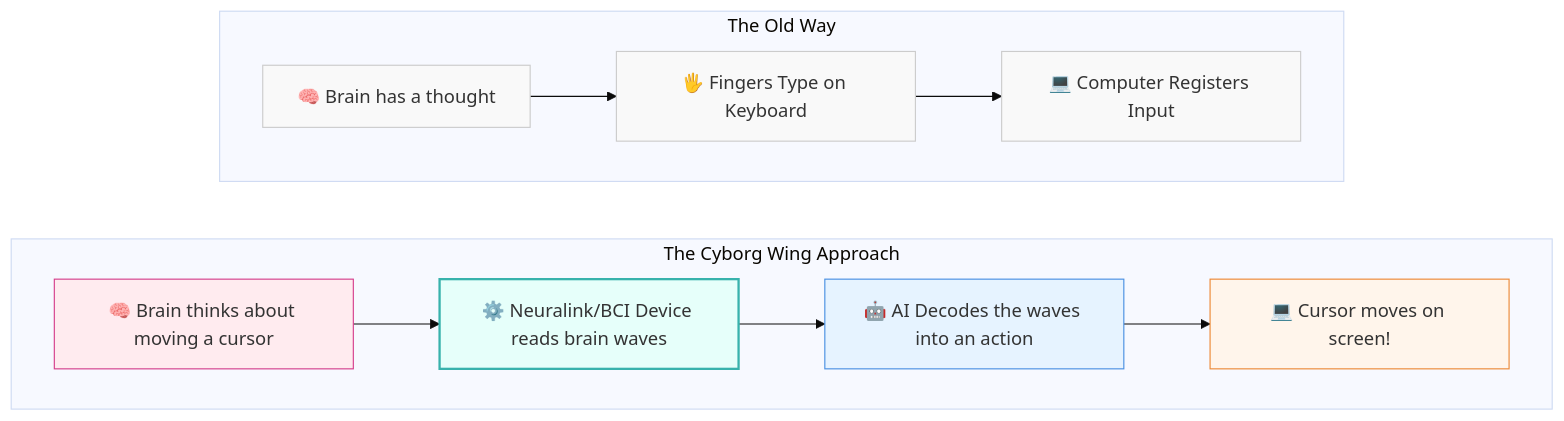
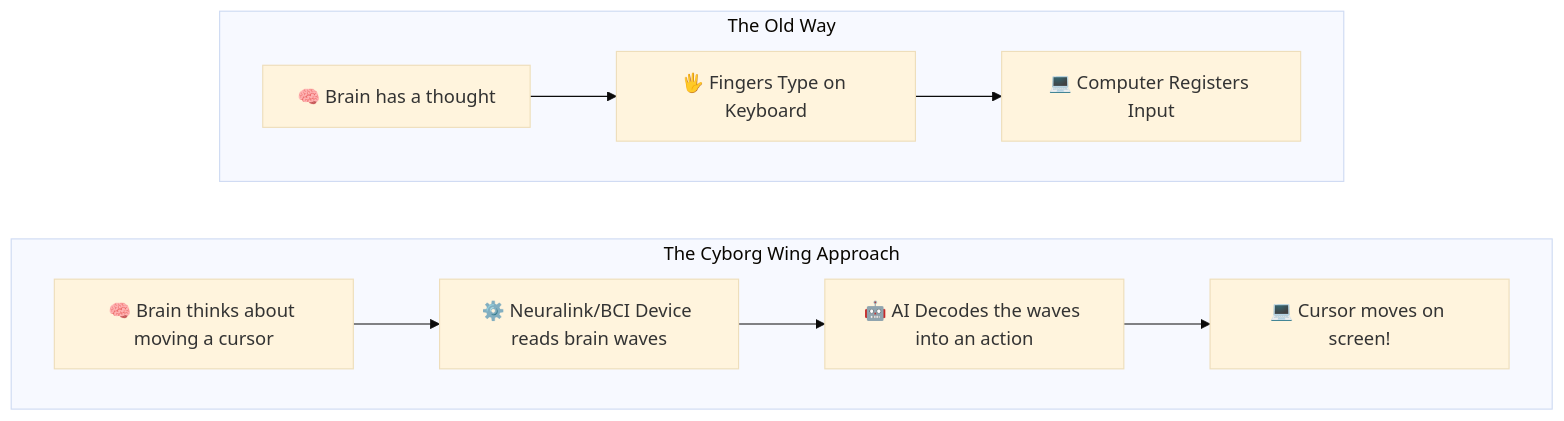
Before and after one commit to vdonthireddy/ai-knowledge-base: the diagram in line20_brain_computer_interfaces.md, drawn with Mermaid (base theme). The commit also changed 30 other files, not shown here.

Commit message:
chore: Rename files and fix mermaid diagram styles for dark mode compatibility

````diff
--- a/line20_brain_computer_interfaces.md
+++ b/line20_brain_computer_interfaces.md
@@ -49,25 +49,18 @@
 ```mermaid
 graph TD
     subgraph The Old Way
         direction LR
         Brain1[🧠 Brain has a thought] --> Fingers[🖐️ Fingers Type on Keyboard] --> PC1[💻 Computer Registers Input]
     end
 
     PC1 ~~~ Brain2
 
     subgraph The Cyborg Wing Approach
         direction LR
         Brain2[🧠 Brain thinks about moving a cursor] --> BCI[⚙️ Neuralink/BCI Device reads brain waves]
         BCI --> AI[🤖 AI Decodes the waves into an action]
         AI --> PC2[💻 Cursor moves on screen!]
     end
     
-    style Brain1 fill:#f9f9f9,stroke:#ccc
-    style Fingers fill:#f9f9f9,stroke:#ccc
-    style PC1 fill:#f9f9f9,stroke:#ccc
     
-    style Brain2 fill:#ffebef,stroke:#d53f8c
-    style BCI fill:#e6fffa,stroke:#38b2ac,stroke-width:2px
-    style AI fill:#e6f3ff,stroke:#4a90e2
-    style PC2 fill:#fff5eb,stroke:#ed8936
 ```
````
